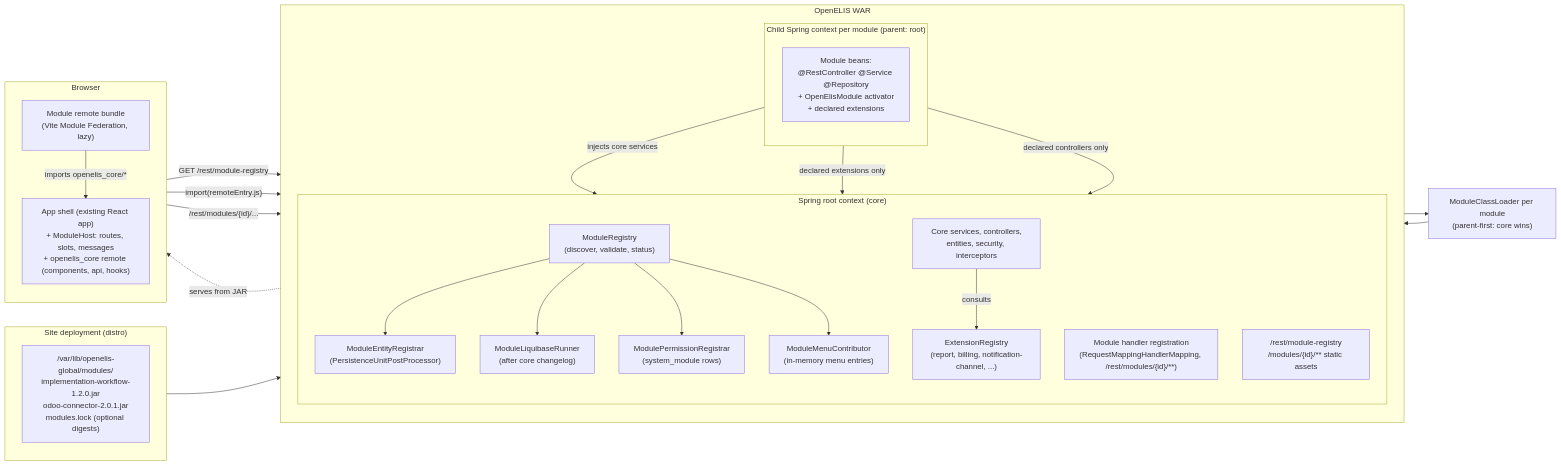
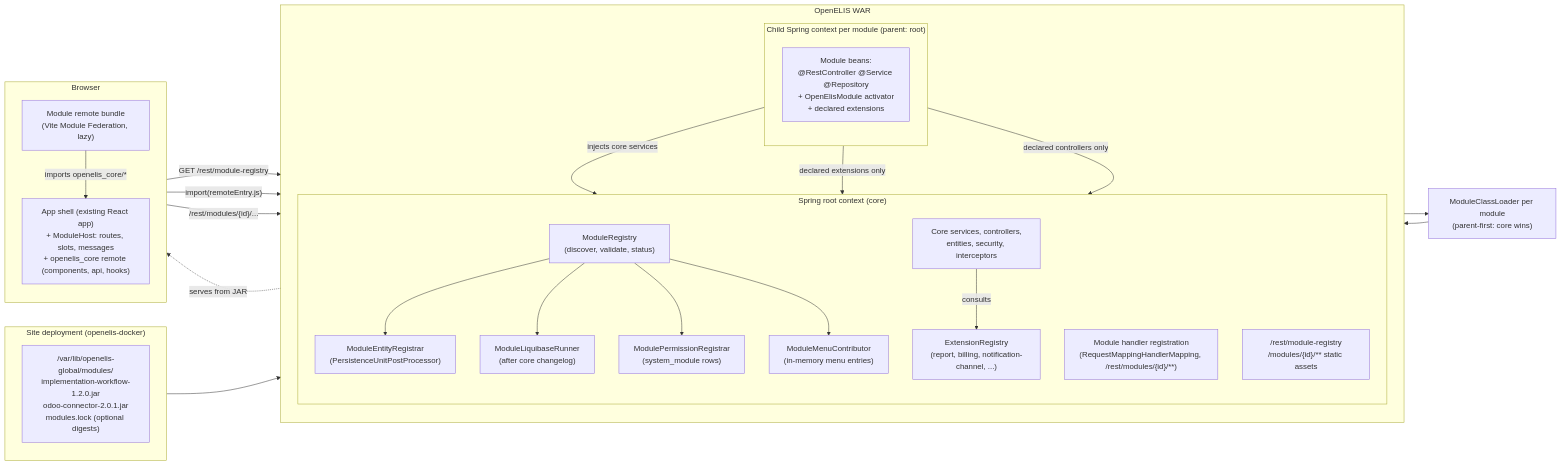
One commit to Agaba-derrick/OpenELIS-Global-2 changed the first of 8 diagrams in specs/plans/module-system-architecture.md. Above: the diagram before and after it, drawn with Mermaid. The commit also changed other lines of this file, not shown here.

First line of the commit message:
docs(architecture): openelis-docker is the deployment target of the module system (OGC-1577) (#4878)

````diff
--- a/specs/plans/module-system-architecture.md
+++ b/specs/plans/module-system-architecture.md
@@ -300,46 +300,46 @@
 ```mermaid
 flowchart LR
-  subgraph Site["Site deployment (distro)"]
+  subgraph Site["Site deployment (openelis-docker)"]
     direction TB
     Vol["/var/lib/openelis-global/modules/<br/>implementation-workflow-1.2.0.jar<br/>odoo-connector-2.0.1.jar<br/>modules.lock (optional digests)"]
   end
   subgraph Webapp["OpenELIS WAR"]
     direction TB
     subgraph Root["Spring root context (core)"]
       direction TB
       Reg["ModuleRegistry<br/>(discover, validate, status)"]
       Ent["ModuleEntityRegistrar<br/>(PersistenceUnitPostProcessor)"]
       Mig["ModuleLiquibaseRunner<br/>(after core changelog)"]
       Perm["ModulePermissionRegistrar<br/>(system_module rows)"]
       Menu["ModuleMenuContributor<br/>(in-memory menu entries)"]
       Ext["ExtensionRegistry<br/>(report, billing, notification-channel, ...)"]
       Ctl["Module handler registration<br/>(RequestMappingHandlerMapping, /rest/modules/{id}/**)"]
       API["/rest/module-registry<br/>/modules/{id}/** static assets"]
       Core["Core services, controllers,<br/>entities, security, interceptors"]
     end
     subgraph Child["Child Spring context per module (parent: root)"]
       direction TB
       ModBeans["Module beans:<br/>@RestController @Service @Repository<br/>+ OpenElisModule activator<br/>+ declared extensions"]
     end
   end
   subgraph Browser["Browser"]
     direction TB
     Shell["App shell (existing React app)<br/>+ ModuleHost: routes, slots, messages<br/>+ openelis_core remote (components, api, hooks)"]
     Remote["Module remote bundle<br/>(Vite Module Federation, lazy)"]
   end
   Vol --> Reg
   Reg --> CL["ModuleClassLoader per module<br/>(parent-first: core wins)"] --> Child
   Reg --> Ent
   Reg --> Mig
   Reg --> Perm
   Reg --> Menu
   ModBeans -- "injects core services" --> Core
   ModBeans -- "declared extensions only" --> Ext
   ModBeans -- "declared controllers only" --> Ctl
   Core -- "consults" --> Ext
   Shell -- "GET /rest/module-registry" --> API
   Shell -- "import(remoteEntry.js)" --> API
   API -. serves from JAR .-> Remote
   Remote -- "imports openelis_core/*" --> Shell
   Remote -- "/rest/modules/{id}/..." --> Ctl
 ```
````
